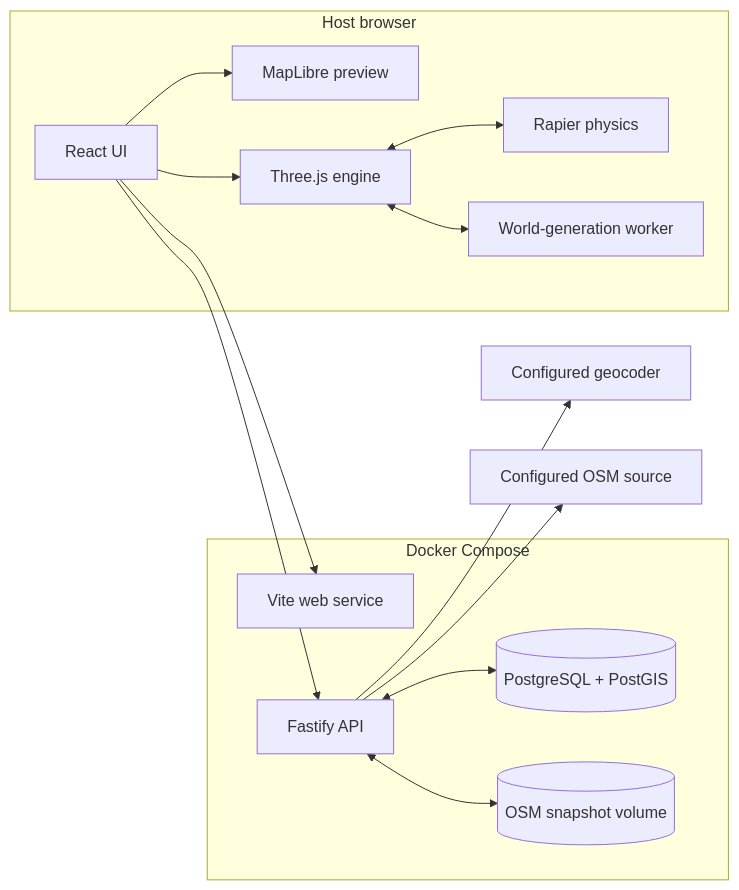
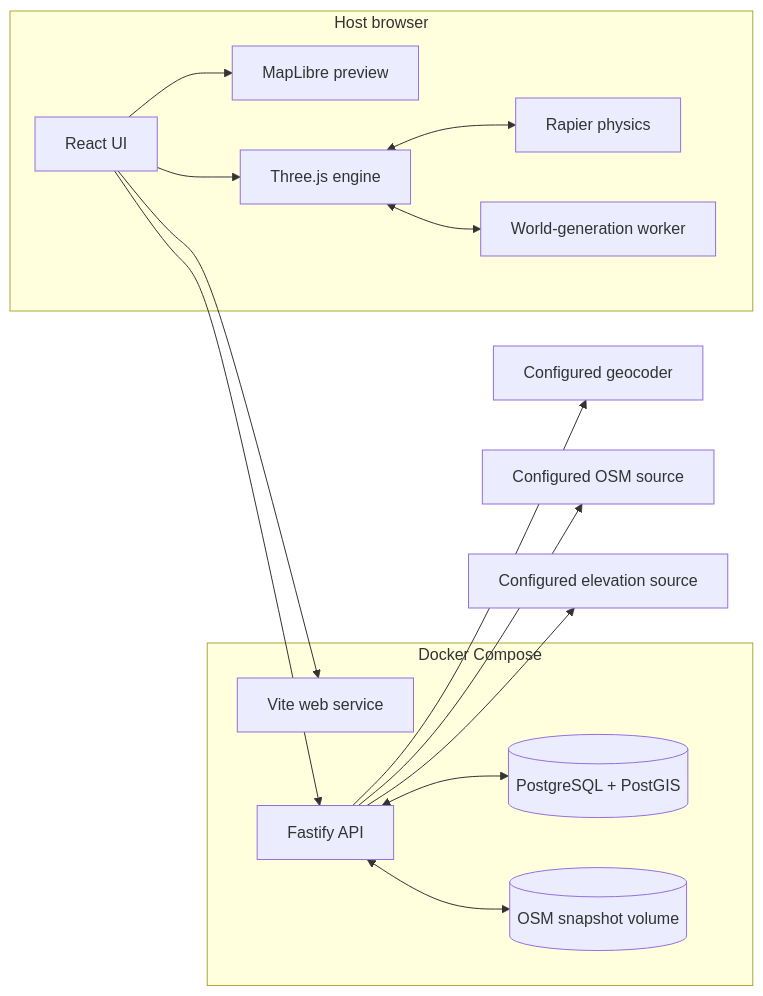
The diagram in documents/technical-architecture.md (nkimber/OpenStreetMapTo3D), drawn with Mermaid before and after one commit. The commit also changed other lines of this file and 38 other files, not shown here.

````diff
--- a/documents/technical-architecture.md
+++ b/documents/technical-architecture.md
@@ -16,28 +16,29 @@
 ```mermaid
 flowchart LR
     subgraph Host browser
         UI[React UI]
         Map[MapLibre preview]
         Engine[Three.js engine]
         Physics[Rapier physics]
         Worker[World-generation worker]
         UI --> Map
         UI --> Engine
         Engine <--> Physics
         Engine <--> Worker
     end
 
     subgraph Docker Compose
         Web[Vite web service]
         API[Fastify API]
         DB[(PostgreSQL + PostGIS)]
         Cache[(OSM snapshot volume)]
         API <--> DB
         API <--> Cache
     end
 
     UI --> Web
     UI --> API
     API --> Geocoder[Configured geocoder]
     API --> OSM[Configured OSM source]
+    API --> DEM[Configured elevation source]
 ```
````
